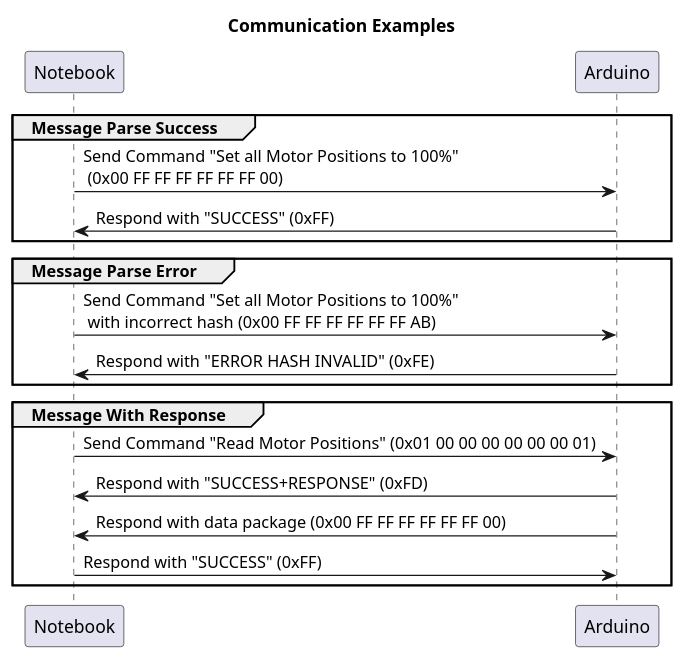
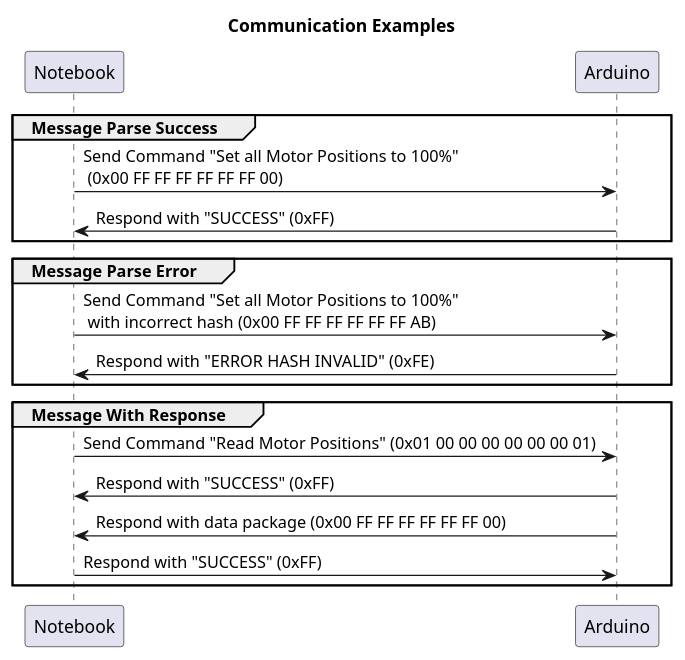
Before and after one commit to ZanyCode/SpeedSeat: the diagram in doc/protocol.puml, drawn with PlantUML. The commit also changed 1 other file, not shown here.

```diff
--- a/doc/protocol.puml
+++ b/doc/protocol.puml
@@ -1,17 +1,17 @@
 @startuml
 title Communication Examples
 group Message Parse Success
     Notebook -> Arduino: Send Command "Set all Motor Positions to 100%"\n (0x00 FF FF FF FF FF FF 00)
     Arduino -> Notebook: Respond with "SUCCESS" (0xFF)
 end
 group Message Parse Error
     Notebook -> Arduino: Send Command "Set all Motor Positions to 100%"\n with incorrect hash (0x00 FF FF FF FF FF FF AB)
     Arduino -> Notebook: Respond with "ERROR HASH INVALID" (0xFE)
 end
 group Message With Response
     Notebook -> Arduino: Send Command "Read Motor Positions" (0x01 00 00 00 00 00 00 01)
-    Arduino -> Notebook: Respond with "SUCCESS+RESPONSE" (0xFD)
+    Arduino -> Notebook: Respond with "SUCCESS" (0xFF)
     Arduino -> Notebook: Respond with data package (0x00 FF FF FF FF FF FF 00)
     Notebook -> Arduino: Respond with "SUCCESS" (0xFF)
 end
 @enduml
```
